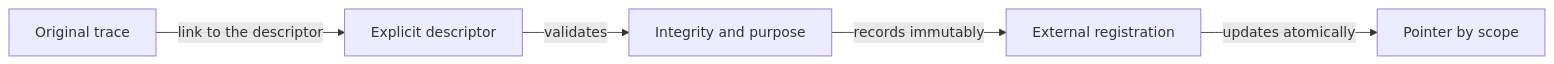
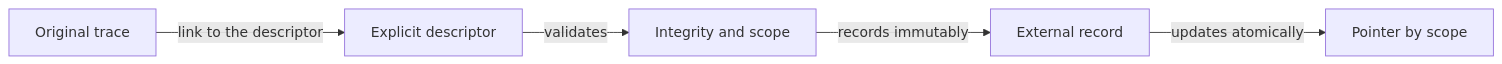
The diagram in docs/reporting/ATF_Handoff.md (crististefanita/whist), drawn with Mermaid before and after one commit. The commit also changed other lines of this file and 20 other files, not shown here.

````diff
--- a/docs/reporting/ATF_Handoff.md
+++ b/docs/reporting/ATF_Handoff.md
@@ -9,7 +9,7 @@
 ```mermaid
 flowchart LR
     TRACE[Original trace] -->|link to the descriptor| DESC[Explicit descriptor]
-    DESC -->|validates| CHECK[Integrity and purpose]
-    CHECK -->|records immutably| ARCH[External registration]
+    DESC -->|validates| CHECK[Integrity and scope]
+    CHECK -->|records immutably| ARCH[External record]
     ARCH -->|updates atomically| POINTER[Pointer by scope]
 ```
````
